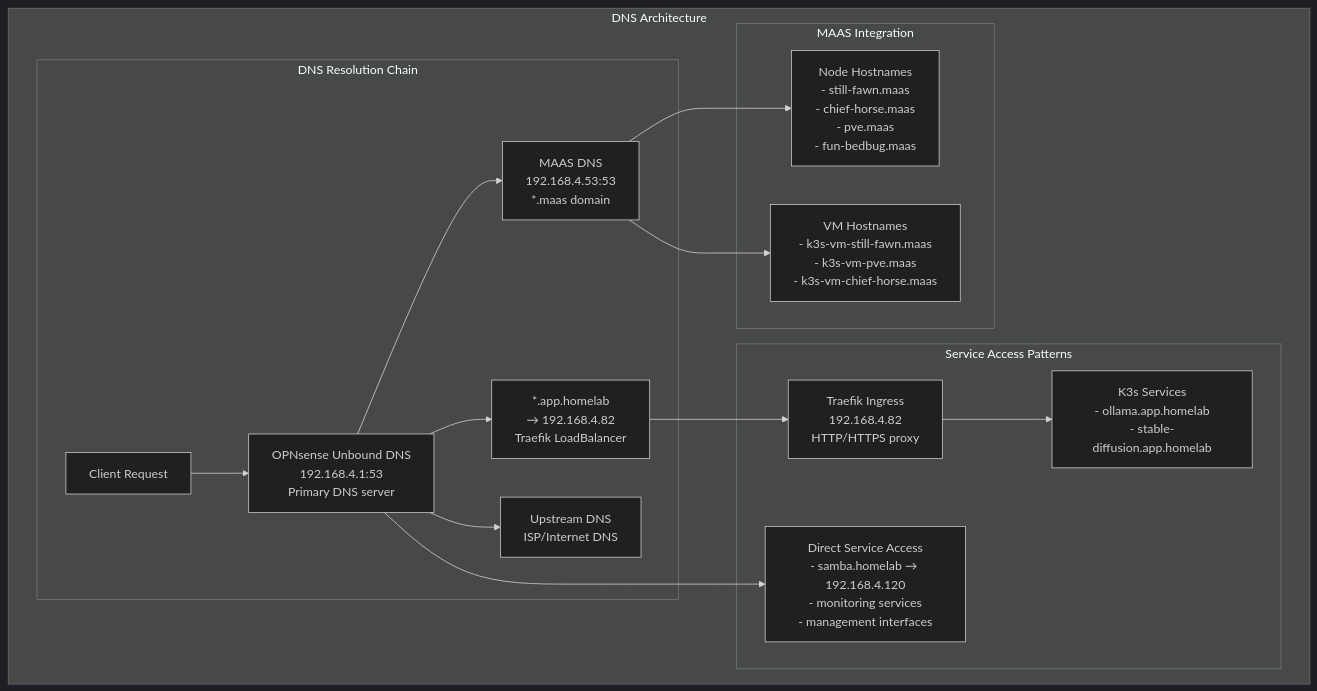
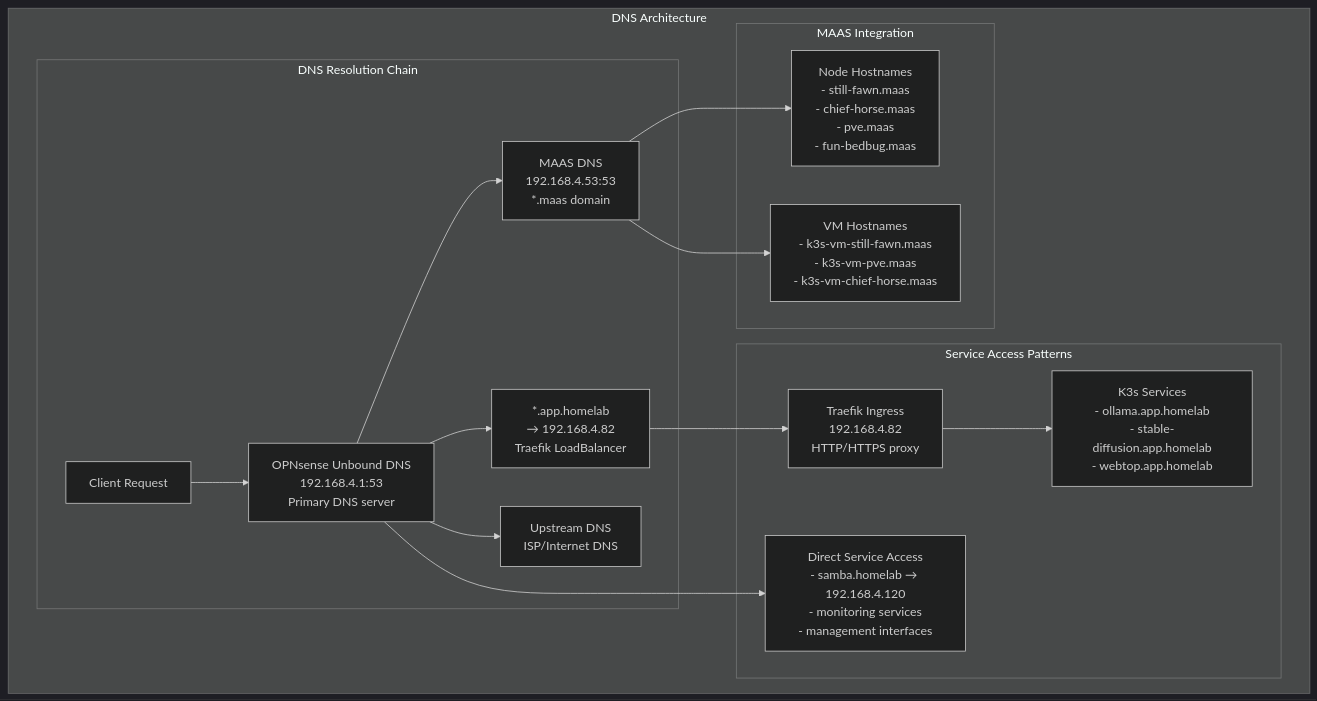
Before and after one commit to homeiac/home: the sixth of 6 diagrams in docs/source/md/proxmox-infrastructure-guide.md, drawn with Mermaid (dark theme). The commit also changed other lines of this file and 1 other file, not shown here.

First line of the commit message:
docs: add comprehensive Webtop development environment documentation

````diff
--- a/docs/source/md/proxmox-infrastructure-guide.md
+++ b/docs/source/md/proxmox-infrastructure-guide.md
@@ -655,25 +704,25 @@
 ```mermaid
 graph TB
     subgraph "DNS Architecture"
         client[Client Request]
         
         subgraph "DNS Resolution Chain"
             client --> opnsense_dns[OPNsense Unbound DNS<br/>192.168.4.1:53<br/>Primary DNS server]
             opnsense_dns --> wildcard[*.app.homelab<br/>→ 192.168.4.82<br/>Traefik LoadBalancer]
             opnsense_dns --> maas_dns[MAAS DNS<br/>192.168.4.53:53<br/>*.maas domain]
             opnsense_dns --> upstream[Upstream DNS<br/>ISP/Internet DNS]
         end
         
         subgraph "Service Access Patterns"
             wildcard --> traefik[Traefik Ingress<br/>192.168.4.82<br/>HTTP/HTTPS proxy]
-            traefik --> k3s_services[K3s Services<br/>- ollama.app.homelab<br/>- stable-diffusion.app.homelab]
+            traefik --> k3s_services[K3s Services<br/>- ollama.app.homelab<br/>- stable-diffusion.app.homelab<br/>- webtop.app.homelab]
             
             opnsense_dns --> direct_services[Direct Service Access<br/>- samba.homelab → 192.168.4.120<br/>- monitoring services<br/>- management interfaces]
         end
         
         subgraph "MAAS Integration"
             maas_dns --> node_hostnames[Node Hostnames<br/>- still-fawn.maas<br/>- chief-horse.maas<br/>- pve.maas<br/>- fun-bedbug.maas]
             maas_dns --> vm_hostnames[VM Hostnames<br/>- k3s-vm-still-fawn.maas<br/>- k3s-vm-pve.maas<br/>- k3s-vm-chief-horse.maas]
         end
     end
 ```
````
